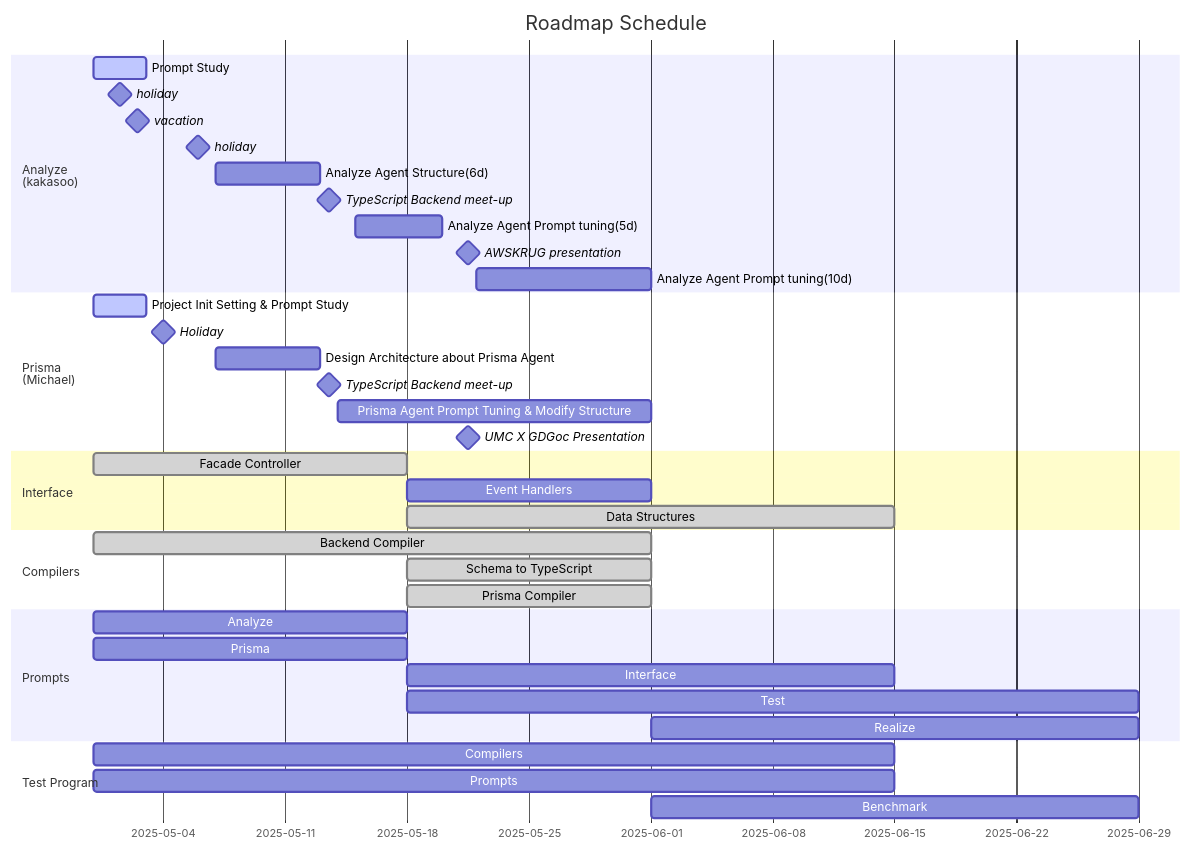
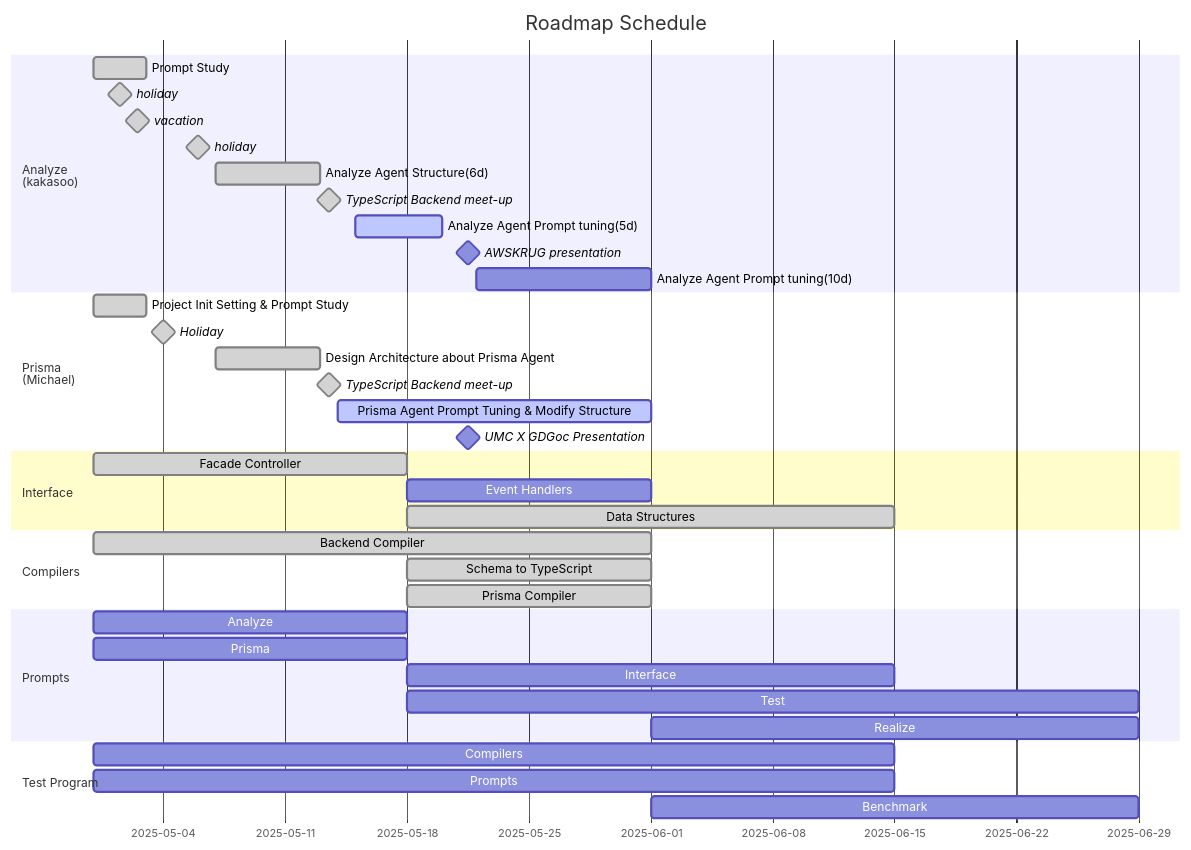
Before and after one commit to RavenView-ai/autobe: the second of 2 diagrams in README.md, drawn with Mermaid.

Commit message:
docs: update Roadmap Schedule

````diff
--- a/README.md
+++ b/README.md
@@ -259,47 +259,47 @@
 ```mermaid
 gantt
   dateFormat YYYY-MM-DD
   title Roadmap Schedule
 
   section Analyze<br>(kakasoo)
-  Prompt Study: active, 2025-04-30, 3d
-  holiday: milestone, 2025-05-01, 1d
-  vacation: milestone, 2025-05-02, 1d
-  holiday: milestone, 2025-05-05, 2d
-  Analyze Agent Structure(6d):, 2025-05-07, 6d
-  TypeScript Backend meet-up: milestone, 2025-05-13, 1d
-  Analyze Agent Prompt tuning(5d):, 2025-05-15, 5d
+  Prompt Study: done, 2025-04-30, 3d
+  holiday: milestone, done, 2025-05-01, 1d
+  vacation: milestone, done, 2025-05-02, 1d
+  holiday: milestone, done, 2025-05-05, 2d
+  Analyze Agent Structure(6d): done, 2025-05-07, 6d
+  TypeScript Backend meet-up: milestone, done, 2025-05-13, 1d
+  Analyze Agent Prompt tuning(5d): active, 2025-05-15, 5d
   AWSKRUG presentation: milestone, 2025-05-21, 1d
   Analyze Agent Prompt tuning(10d):, 2025-05-22, 10d
 
   section Prisma<br>(Michael)
-  Project Init Setting & Prompt Study: active, 2025-04-30, 3d
-  Holiday: milestone, 2025-05-01, 6d
-  Design Architecture about Prisma Agent: 2025-05-07, 6d
-  TypeScript Backend meet-up: milestone, 2025-05-13, 1d
-  Prisma Agent Prompt Tuning & Modify Structure: 2025-05-14, 18d
+  Project Init Setting & Prompt Study: done, 2025-04-30, 3d
+  Holiday: milestone, done, 2025-05-01, 6d
+  Design Architecture about Prisma Agent: done, 2025-05-07, 6d
+  TypeScript Backend meet-up: milestone, done, 2025-05-13, 1d
+  Prisma Agent Prompt Tuning & Modify Structure: active, 2025-05-14, 18d
   UMC X GDGoc Presentation: milestone, 2025-05-21, 1d
 
   
   section Interface
   Facade Controller: done, 2025-04-30, 18d
   Event Handlers:          2025-05-18, 14d
   Data Structures:   done, 2025-05-18, 28d
 
   section Compilers
   Backend Compiler:     done, 2025-04-30, 32d
   Schema to TypeScript: done, 2025-05-18, 14d
   Prisma Compiler:      done, 2025-05-18, 14d
 
   section Prompts
   Analyze  : 2025-04-30, 18d
   Prisma   : 2025-04-30, 18d
   Interface: 2025-05-18, 28d
   Test     : 2025-05-18, 42d
   Realize  : 2025-06-01, 28d
 
   section Test Program
   Compilers: 2025-04-30, 46d
   Prompts:   2025-04-30, 46d
   Benchmark: 2025-06-01, 28d
 ```
````
